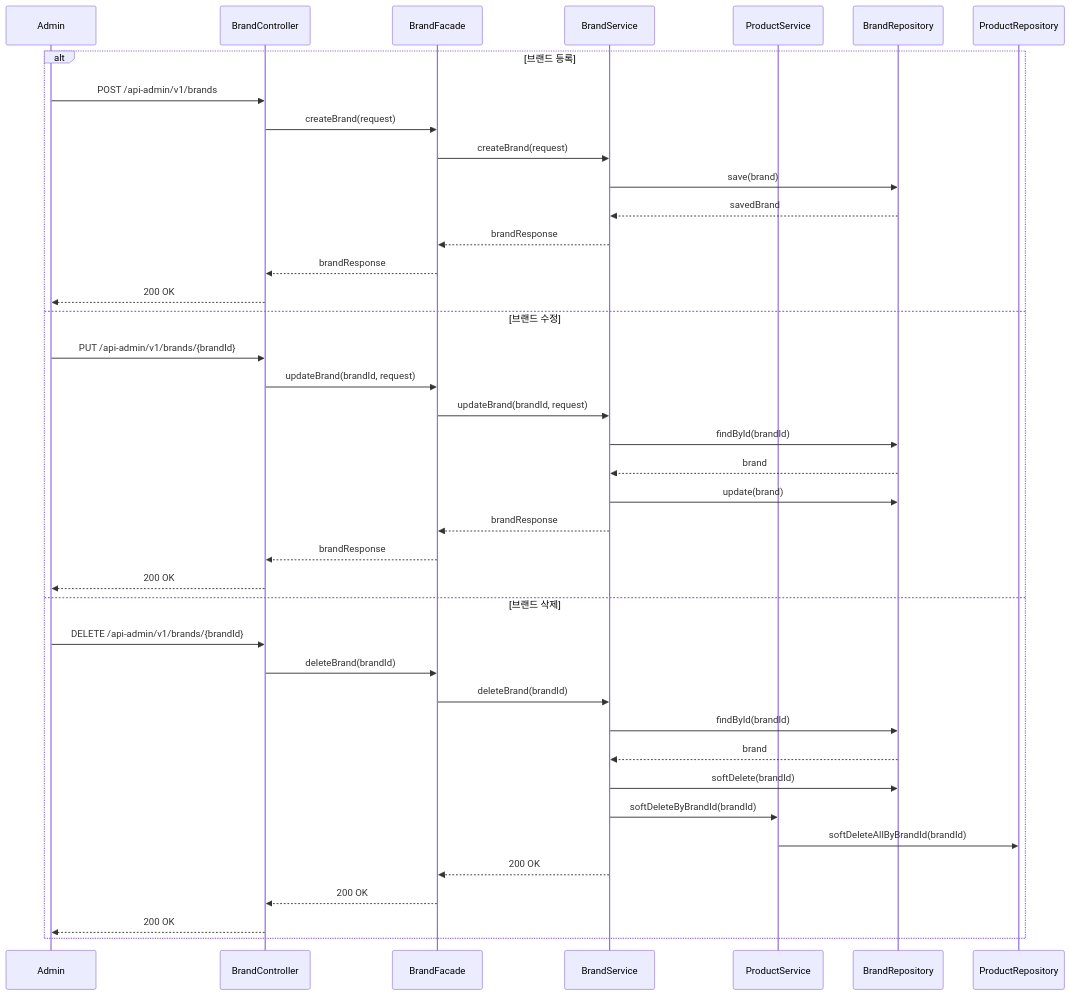
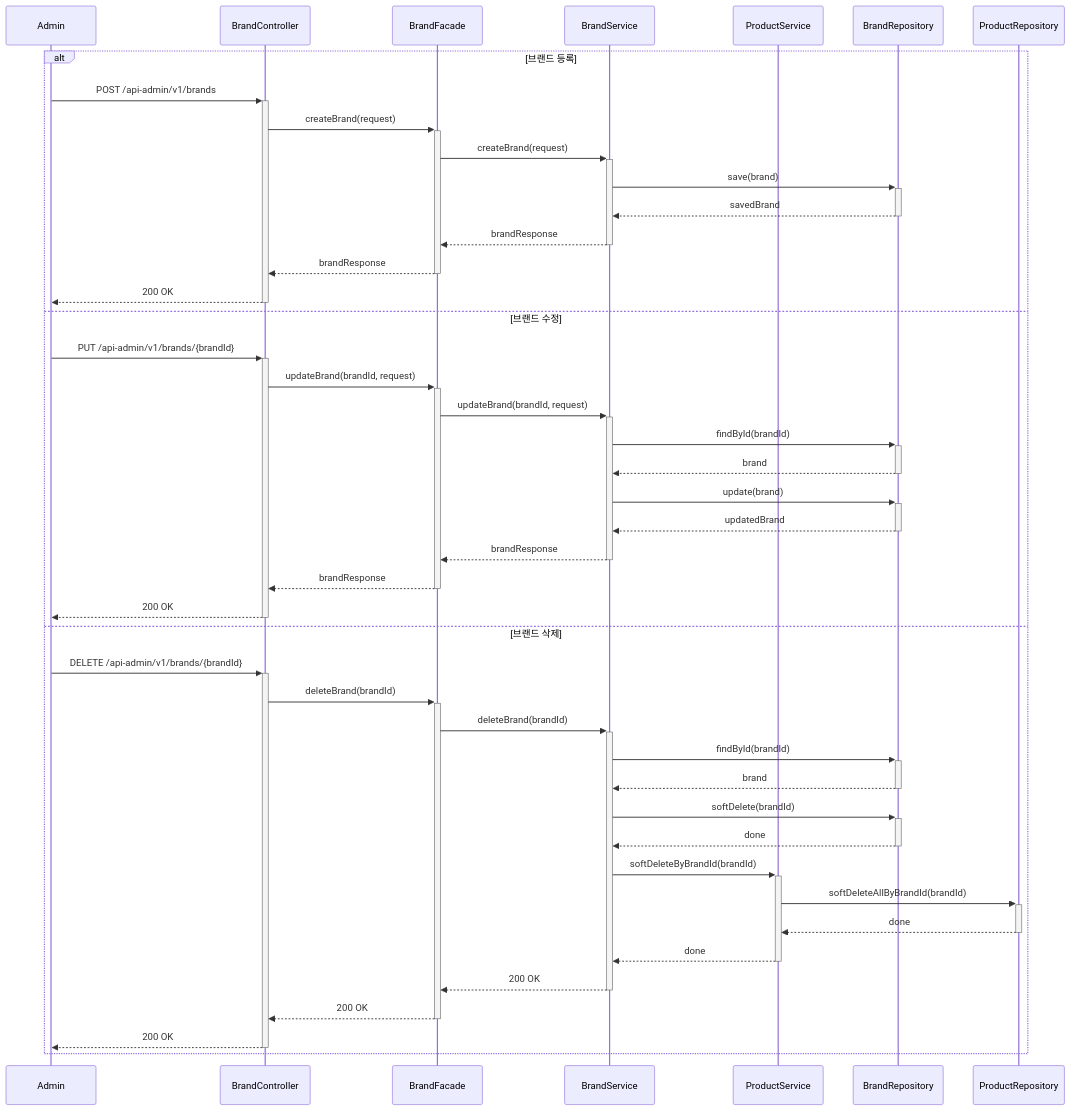
The tenth of 12 diagrams in docs/week2/02-sequence-diagrams.md (loopers-labs/loop-pack-be-l2-vol4-java), drawn with Mermaid before and after one commit. The commit also changed other lines of this file, not shown here.

Commit message:
docs: 시퀀스 다이어그램 전체 activation bar 추가

````diff
--- a/docs/week2/02-sequence-diagrams.md
+++ b/docs/week2/02-sequence-diagrams.md
@@ -296,45 +306,49 @@
 ```mermaid
 sequenceDiagram
     participant Admin
     participant BrandController
     participant BrandFacade
     participant BrandService
     participant ProductService
     participant BrandRepository
     participant ProductRepository
 
     alt 브랜드 등록
-        Admin->>BrandController: POST /api-admin/v1/brands
-        BrandController->>BrandFacade: createBrand(request)
-        BrandFacade->>BrandService: createBrand(request)
-        BrandService->>BrandRepository: save(brand)
-        BrandRepository-->>BrandService: savedBrand
-        BrandService-->>BrandFacade: brandResponse
-        BrandFacade-->>BrandController: brandResponse
-        BrandController-->>Admin: 200 OK
+        Admin->>+BrandController: POST /api-admin/v1/brands
+        BrandController->>+BrandFacade: createBrand(request)
+        BrandFacade->>+BrandService: createBrand(request)
+        BrandService->>+BrandRepository: save(brand)
+        BrandRepository-->>-BrandService: savedBrand
+        BrandService-->>-BrandFacade: brandResponse
+        BrandFacade-->>-BrandController: brandResponse
+        BrandController-->>-Admin: 200 OK
 
     else 브랜드 수정
-        Admin->>BrandController: PUT /api-admin/v1/brands/{brandId}
-        BrandController->>BrandFacade: updateBrand(brandId, request)
-        BrandFacade->>BrandService: updateBrand(brandId, request)
-        BrandService->>BrandRepository: findById(brandId)
-        BrandRepository-->>BrandService: brand
-        BrandService->>BrandRepository: update(brand)
-        BrandService-->>BrandFacade: brandResponse
-        BrandFacade-->>BrandController: brandResponse
-        BrandController-->>Admin: 200 OK
+        Admin->>+BrandController: PUT /api-admin/v1/brands/{brandId}
+        BrandController->>+BrandFacade: updateBrand(brandId, request)
+        BrandFacade->>+BrandService: updateBrand(brandId, request)
+        BrandService->>+BrandRepository: findById(brandId)
+        BrandRepository-->>-BrandService: brand
+        BrandService->>+BrandRepository: update(brand)
+        BrandRepository-->>-BrandService: updatedBrand
+        BrandService-->>-BrandFacade: brandResponse
+        BrandFacade-->>-BrandController: brandResponse
+        BrandController-->>-Admin: 200 OK
 
     else 브랜드 삭제
-        Admin->>BrandController: DELETE /api-admin/v1/brands/{brandId}
-        BrandController->>BrandFacade: deleteBrand(brandId)
-        BrandFacade->>BrandService: deleteBrand(brandId)
-        BrandService->>BrandRepository: findById(brandId)
-        BrandRepository-->>BrandService: brand
-        BrandService->>BrandRepository: softDelete(brandId)
-        BrandService->>ProductService: softDeleteByBrandId(brandId)
-        ProductService->>ProductRepository: softDeleteAllByBrandId(brandId)
-        BrandService-->>BrandFacade: 200 OK
-        BrandFacade-->>BrandController: 200 OK
-        BrandController-->>Admin: 200 OK
+        Admin->>+BrandController: DELETE /api-admin/v1/brands/{brandId}
+        BrandController->>+BrandFacade: deleteBrand(brandId)
+        BrandFacade->>+BrandService: deleteBrand(brandId)
+        BrandService->>+BrandRepository: findById(brandId)
+        BrandRepository-->>-BrandService: brand
+        BrandService->>+BrandRepository: softDelete(brandId)
+        BrandRepository-->>-BrandService: done
+        BrandService->>+ProductService: softDeleteByBrandId(brandId)
+        ProductService->>+ProductRepository: softDeleteAllByBrandId(brandId)
+        ProductRepository-->>-ProductService: done
+        ProductService-->>-BrandService: done
+        BrandService-->>-BrandFacade: 200 OK
+        BrandFacade-->>-BrandController: 200 OK
+        BrandController-->>-Admin: 200 OK
     end
 ```
````
